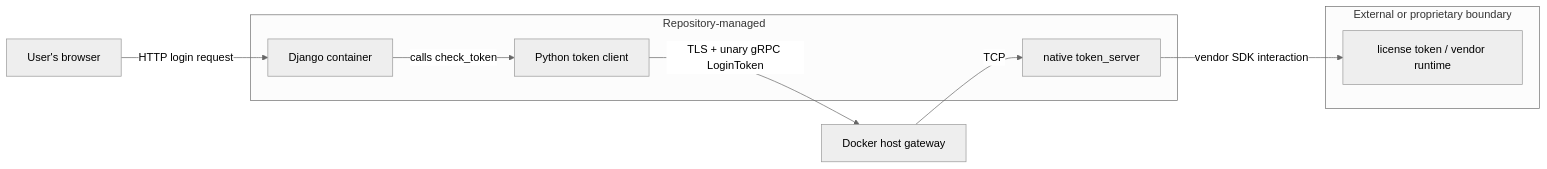
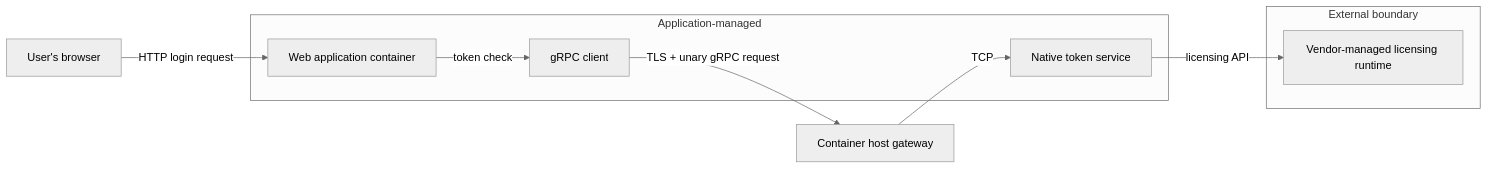
Before and after one commit to adelbordbari/adelbordbari.github.io: the first of 8 diagrams in _code/2026-06-27-grpc.md, drawn with Mermaid (neutral theme). The commit also changed other lines of this file, not shown here.

````diff
--- a/_code/2026-06-27-grpc.md
+++ b/_code/2026-06-27-grpc.md
@@ -27,18 +29,18 @@
 ```mermaid
 flowchart LR
-    U[User's browser] -->|HTTP login request| W[Django container]
-    W -->|calls check_token| C[Python token client]
-    C -->|TLS + unary gRPC LoginToken| H[Docker host gateway]
-    H -->|TCP| S[native token_server]
-    S -->|vendor SDK interaction| T[license token / vendor runtime]
+    U[User's browser] -->|HTTP login request| W[Web application container]
+    W -->|token check| C[gRPC client]
+    C -->|TLS + unary gRPC request| H[Container host gateway]
+    H -->|TCP| S[Native token service]
+    S -->|licensing API| T[Vendor-managed licensing runtime]
 
-    subgraph Repository-managed
+    subgraph Application-managed
         W
         C
         S
     end
 
-    subgraph External or proprietary boundary
+    subgraph External boundary
         T
     end
 ```
````
